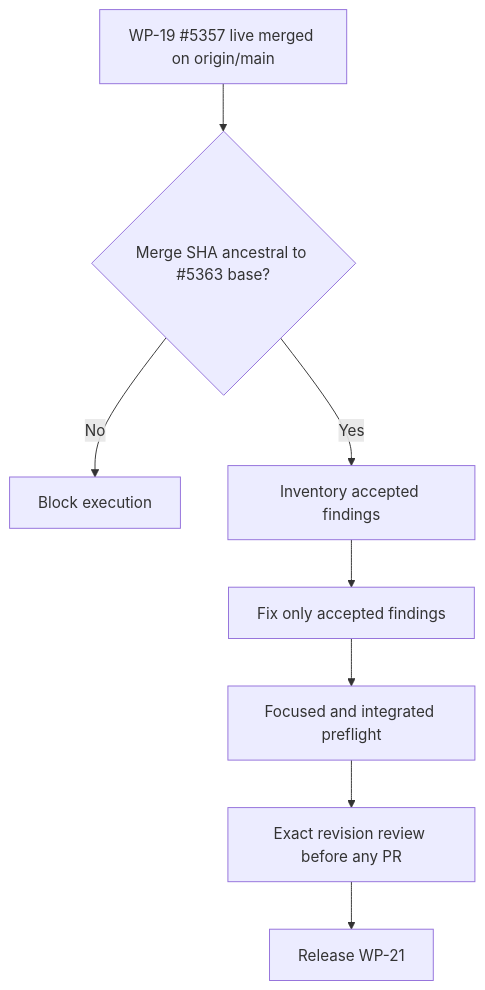
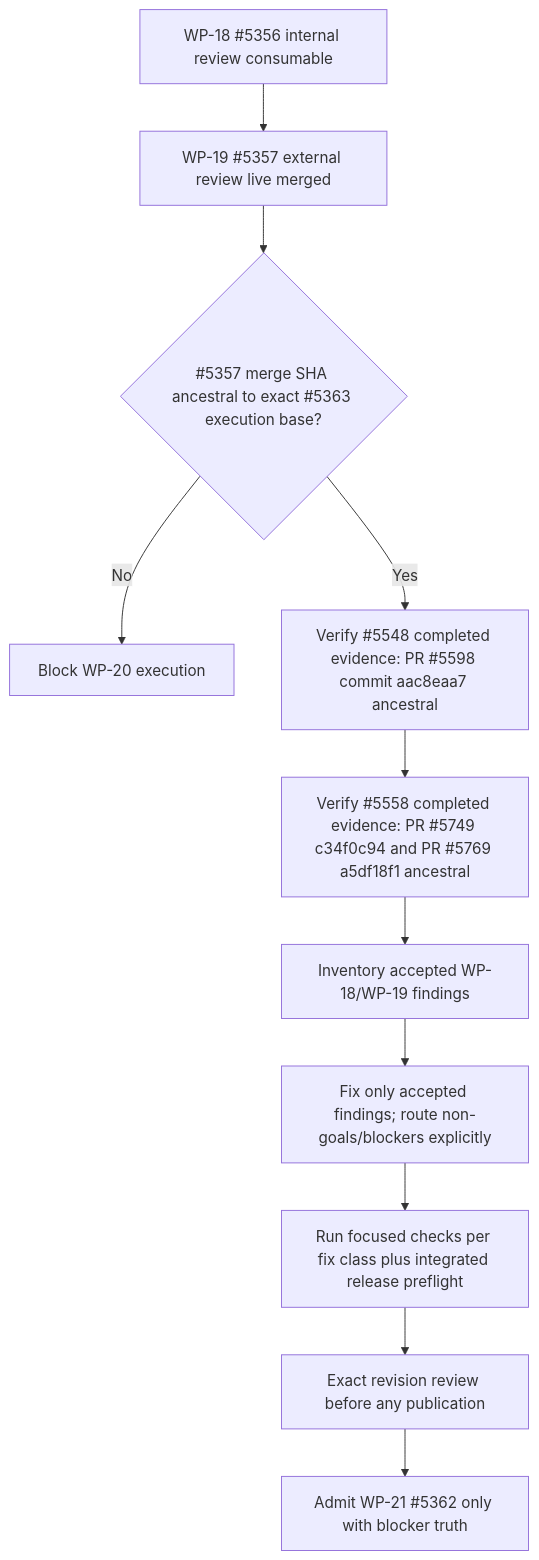
The diagram in .csdlc/prepared/issues/5363/diagram.mmd (danielbaustin/agent-design-language), drawn with Mermaid before and after one commit. The commit also changed 20 other files, not shown here.

Commit message:
Prepare WP-20 release preflight packet

```diff
--- a/.csdlc/prepared/issues/5363/diagram.mmd
+++ b/.csdlc/prepared/issues/5363/diagram.mmd
@@ -1,8 +1,11 @@
 flowchart TD
-    A["WP-19 #5357 live merged on origin/main"] --> B{"Merge SHA ancestral to #5363 base?"}
-    B -- "No" --> X["Block execution"]
-    B -- "Yes" --> C["Inventory accepted findings"]
-    C --> D["Fix only accepted findings"]
-    D --> E["Focused and integrated preflight"]
-    E --> F["Exact revision review before any PR"]
-    F --> G["Release WP-21"]
+    A["WP-18 #5356 internal review consumable"] --> B["WP-19 #5357 external review live merged"]
+    B --> C{"#5357 merge SHA ancestral to exact #5363 execution base?"}
+    C -- "No" --> X["Block WP-20 execution"]
+    C -- "Yes" --> D["Verify #5548 completed evidence: PR #5598 commit aac8eaa7 ancestral"]
+    D --> E["Verify #5558 completed evidence: PR #5749 c34f0c94 and PR #5769 a5df18f1 ancestral"]
+    E --> F["Inventory accepted WP-18/WP-19 findings"]
+    F --> G["Fix only accepted findings; route non-goals/blockers explicitly"]
+    G --> H["Run focused checks per fix class plus integrated release preflight"]
+    H --> I["Exact revision review before any publication"]
+    I --> J["Admit WP-21 #5362 only with blocker truth"]
```
